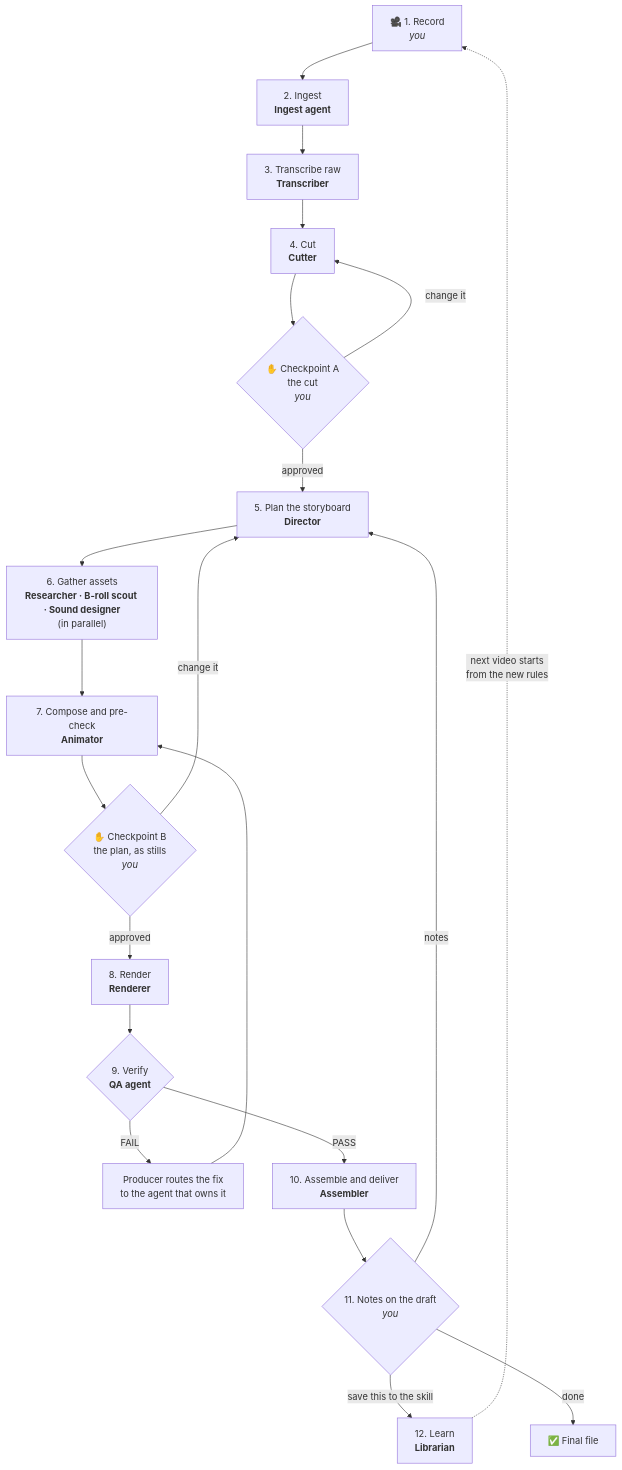
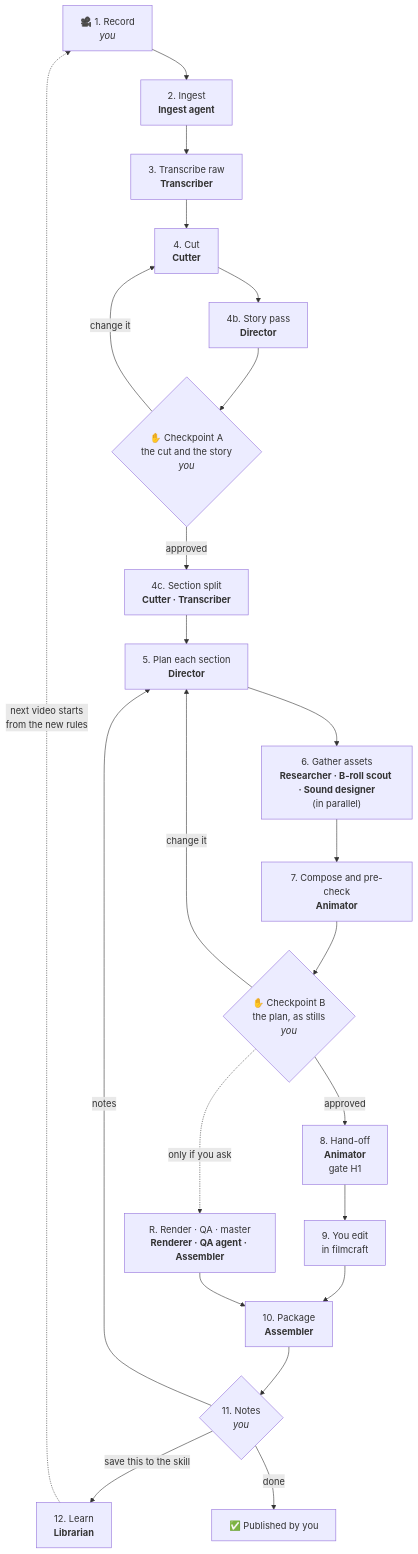
The second of 10 diagrams in Editing-Workflow/README.md (harshilsaini26/Video-Workflow), drawn with Mermaid before and after one commit. The commit also changed other lines of this file, not shown here.

First line of the commit message:
Editing-Workflow README: the hand-off as the end, where you decide, the explainer as it is now

````diff
--- a/Editing-Workflow/README.md
+++ b/Editing-Workflow/README.md
@@ -87,23 +91,25 @@
 ```mermaid
 flowchart TD
     REC["🎥 1. Record<br/><i>you</i>"] --> ING["2. Ingest<br/><b>Ingest agent</b>"]
     ING --> TR1["3. Transcribe raw<br/><b>Transcriber</b>"]
     TR1 --> CUT["4. Cut<br/><b>Cutter</b>"]
-    CUT --> CPA{"✋ Checkpoint A<br/>the cut<br/><i>you</i>"}
+    CUT --> STORY["4b. Story pass<br/><b>Director</b>"]
+    STORY --> CPA{"✋ Checkpoint A<br/>the cut and the story<br/><i>you</i>"}
     CPA -- "change it" --> CUT
-    CPA -- "approved" --> PLAN["5. Plan the storyboard<br/><b>Director</b>"]
+    CPA -- "approved" --> SPLIT["4c. Section split<br/><b>Cutter · Transcriber</b>"]
+    SPLIT --> PLAN["5. Plan each section<br/><b>Director</b>"]
     PLAN --> ASSETS["6. Gather assets<br/><b>Researcher · B-roll scout · Sound designer</b><br/>(in parallel)"]
     ASSETS --> COMP["7. Compose and pre-check<br/><b>Animator</b>"]
     COMP --> CPB{"✋ Checkpoint B<br/>the plan, as stills<br/><i>you</i>"}
     CPB -- "change it" --> PLAN
-    CPB -- "approved" --> REN["8. Render<br/><b>Renderer</b>"]
-    REN --> QA{"9. Verify<br/><b>QA agent</b>"}
-    QA -- "FAIL" --> FIX["Producer routes the fix<br/>to the agent that owns it"]
-    FIX --> COMP
-    QA -- "PASS" --> ASM["10. Assemble and deliver<br/><b>Assembler</b>"]
-    ASM --> NOTES{"11. Notes on the draft<br/><i>you</i>"}
+    CPB -- "approved" --> HAND["8. Hand-off<br/><b>Animator</b><br/>gate H1"]
+    HAND --> EDIT["9. You edit<br/>in filmcraft"]
+    EDIT --> PKG["10. Package<br/><b>Assembler</b>"]
+    CPB -. "only if you ask" .-> REN["R. Render · QA · master<br/><b>Renderer · QA agent · Assembler</b>"]
+    REN --> PKG
+    PKG --> NOTES{"11. Notes<br/><i>you</i>"}
     NOTES -- "notes" --> PLAN
     NOTES -- "save this to the skill" --> LIB["12. Learn<br/><b>Librarian</b>"]
-    NOTES -- "done" --> DONE["✅ Final file"]
+    NOTES -- "done" --> DONE["✅ Published by you"]
     LIB -. "next video starts<br/>from the new rules" .-> REC
 ```
````
